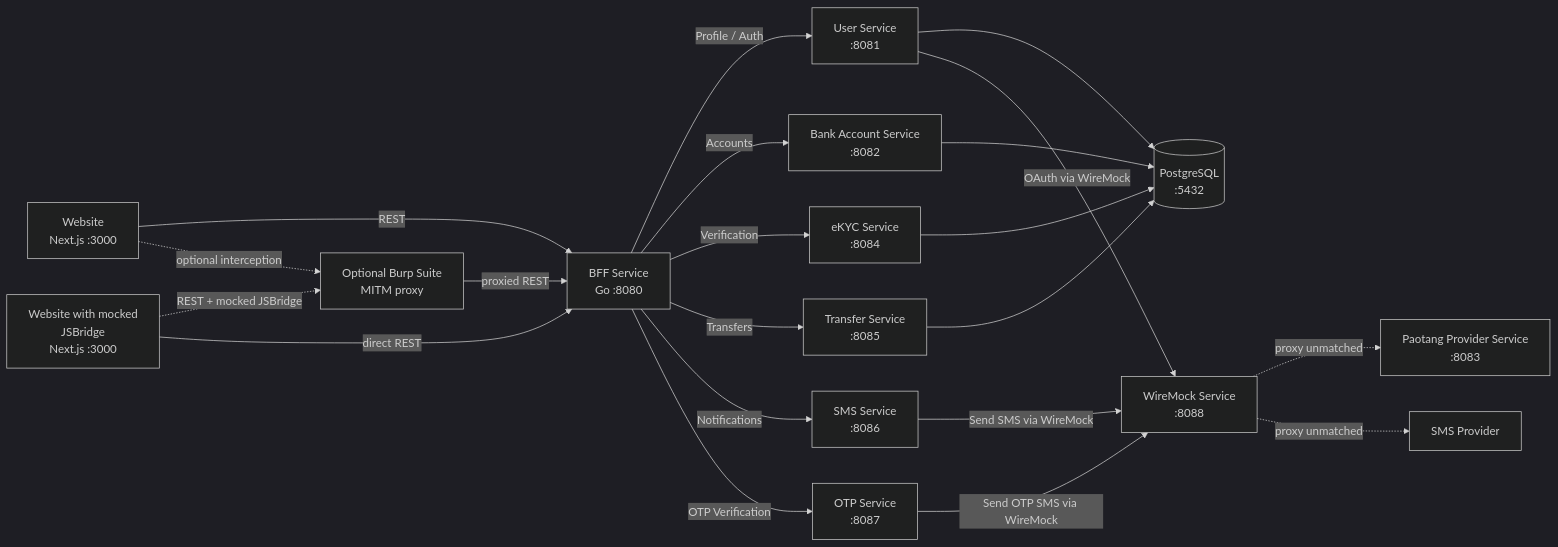
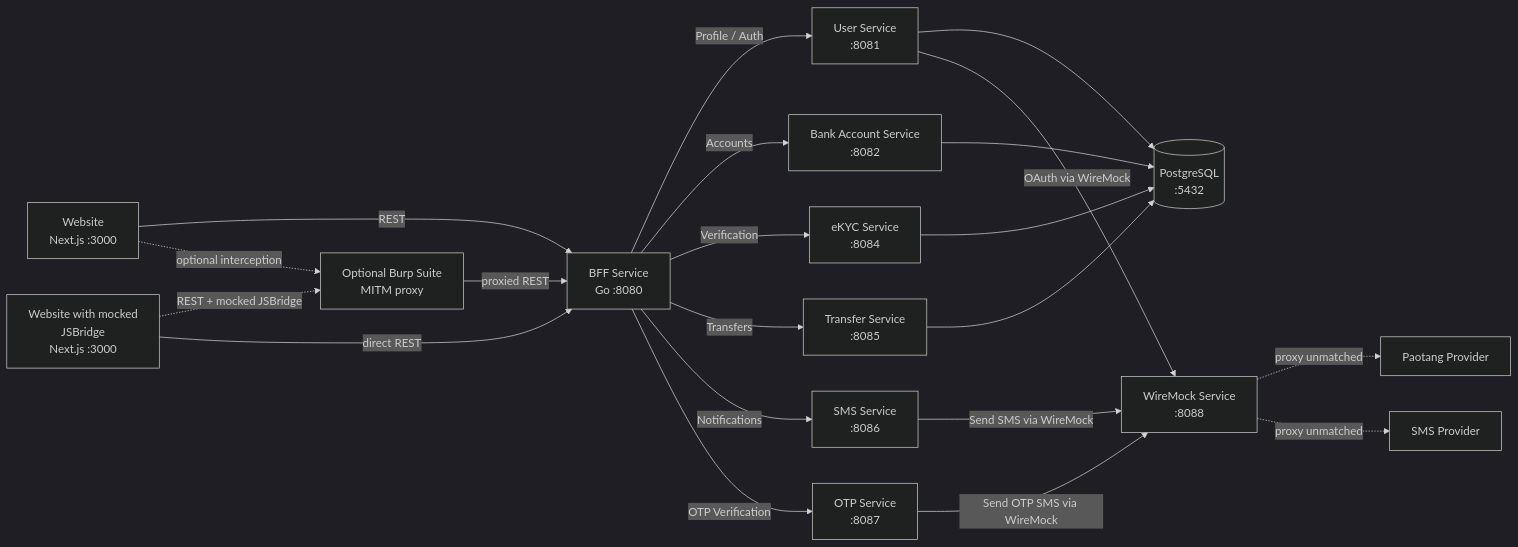
The first of 3 diagrams in SYSTEM-ARCHITECTURE.md (SiwakornSitti/ultra-smoooooth-testing), drawn with Mermaid (dark theme) before and after one commit. The commit also changed other lines of this file and 11 other files, not shown here.

Commit message:
refactor: remove paotang-service core container and configure Paotang Provider as external provider

````diff
--- a/SYSTEM-ARCHITECTURE.md
+++ b/SYSTEM-ARCHITECTURE.md
@@ -14,44 +14,44 @@
 ```mermaid
 flowchart LR
     Browser[Website\nNext.js :3000]
     BridgeWebsite[Website with mocked\nJSBridge\nNext.js :3000]
     Burp[Optional Burp Suite\nMITM proxy]
     BFF[BFF Service\nGo :8080]
 
     User[User Service\n:8081]
     Account[Bank Account Service\n:8082]
     EKYC[eKYC Service\n:8084]
     Transfer[Transfer Service\n:8085]
     SMS[SMS Service\n:8086]
     OTP[OTP Service\n:8087]
-    PaotangSvc[Paotang Provider Service\n:8083]
 
     DB[(PostgreSQL\n:5432)]
     WireMock[WireMock Service\n:8088]
+    PaotangProvider[Paotang Provider]
     SMSProvider[SMS Provider]
 
     Browser -->|REST| BFF
     BridgeWebsite -.->|REST + mocked JSBridge| Burp
     BridgeWebsite -->|direct REST| BFF
     Burp -->|proxied REST| BFF
     Browser -.->|optional interception| Burp
 
     BFF -->|Profile / Auth| User
     BFF -->|Accounts| Account
     BFF -->|Verification| EKYC
     BFF -->|Transfers| Transfer
     BFF -->|Notifications| SMS
     BFF -->|OTP Verification| OTP
 
     User --> DB
     Account --> DB
     EKYC --> DB
     Transfer --> DB
 
     User -->|OAuth via WireMock| WireMock
     OTP -->|Send OTP SMS via WireMock| WireMock
     SMS -->|Send SMS via WireMock| WireMock
 
-    WireMock -.->|proxy unmatched| PaotangSvc
+    WireMock -.->|proxy unmatched| PaotangProvider
     WireMock -.->|proxy unmatched| SMSProvider
 ```
````
